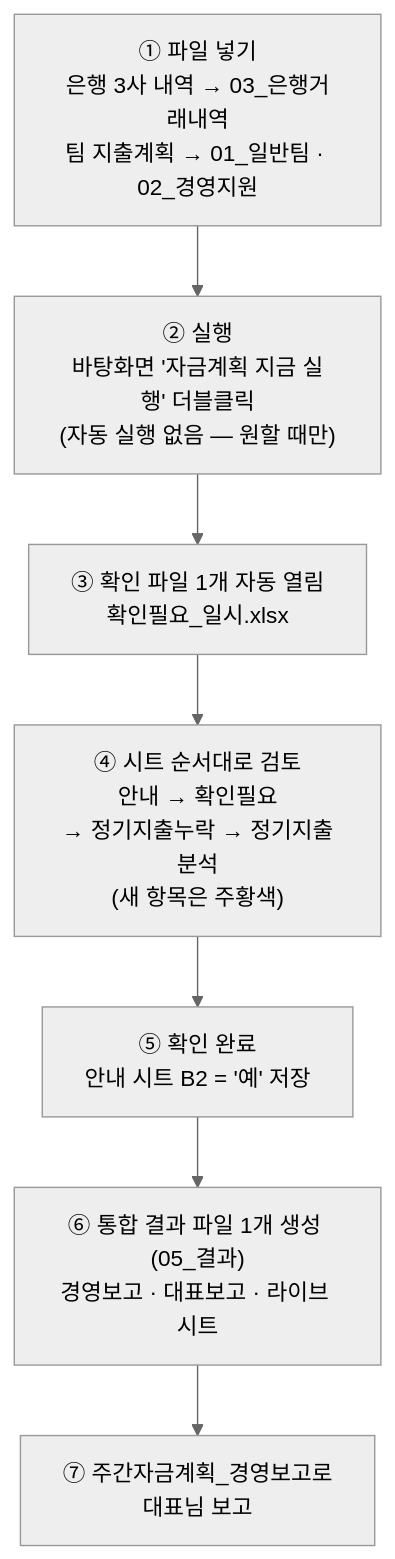
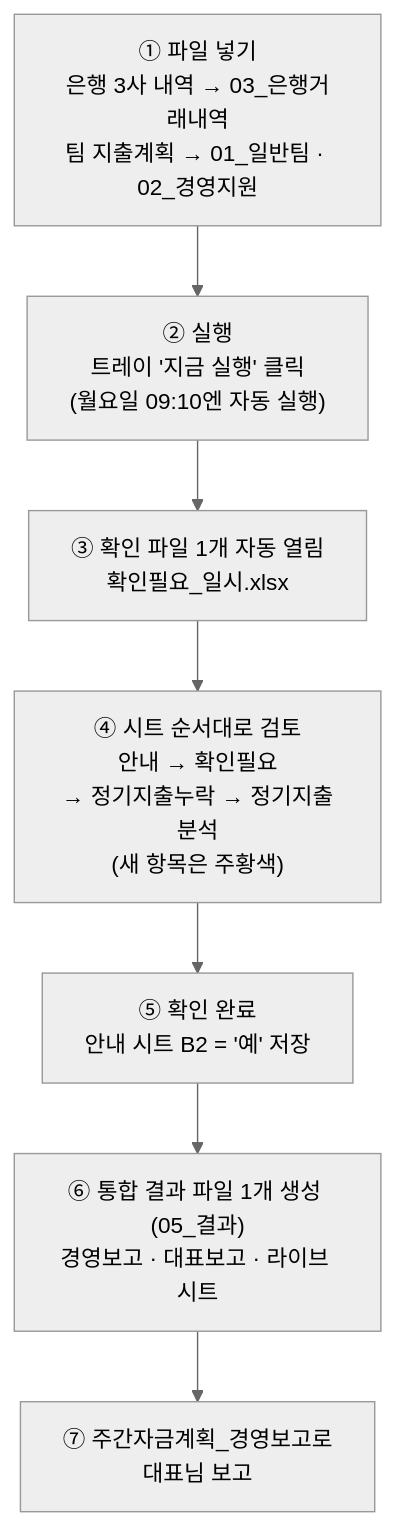
Before and after one commit to goldgarden9620419-maker/mynotes: the diagram in 01-Projects/에이팜건강-주간자금계획-자동화/자금계획_자동화_한눈에_보기.md, drawn with Mermaid (neutral theme). The commit also changed other lines of this file and 8 other files, not shown here.

````diff
--- a/01-Projects/에이팜건강-주간자금계획-자동화/자금계획_자동화_한눈에_보기.md
+++ b/01-Projects/에이팜건강-주간자금계획-자동화/자금계획_자동화_한눈에_보기.md
@@ -8,9 +7,9 @@
 ```mermaid
 flowchart TD
-    A["① 파일 넣기<br>은행 3사 내역 → 03_은행거래내역<br>팀 지출계획 → 01_일반팀 · 02_경영지원"] --> B["② 실행<br>바탕화면 '자금계획 지금 실행' 더블클릭<br>(자동 실행 없음 — 원할 때만)"]
+    A["① 파일 넣기<br>은행 3사 내역 → 03_은행거래내역<br>팀 지출계획 → 01_일반팀 · 02_경영지원"] --> B["② 실행<br>트레이 '지금 실행' 클릭<br>(월요일 09:10엔 자동 실행)"]
     B --> C["③ 확인 파일 1개 자동 열림<br>확인필요_일시.xlsx"]
     C --> D["④ 시트 순서대로 검토<br>안내 → 확인필요<br>→ 정기지출누락 → 정기지출분석<br>(새 항목은 주황색)"]
     D --> E["⑤ 확인 완료<br>안내 시트 B2 = '예' 저장"]
     E --> F["⑥ 통합 결과 파일 1개 생성 (05_결과)<br>경영보고 · 대표보고 · 라이브 시트"]
     F --> G["⑦ 주간자금계획_경영보고로<br>대표님 보고"]
 ```
````
